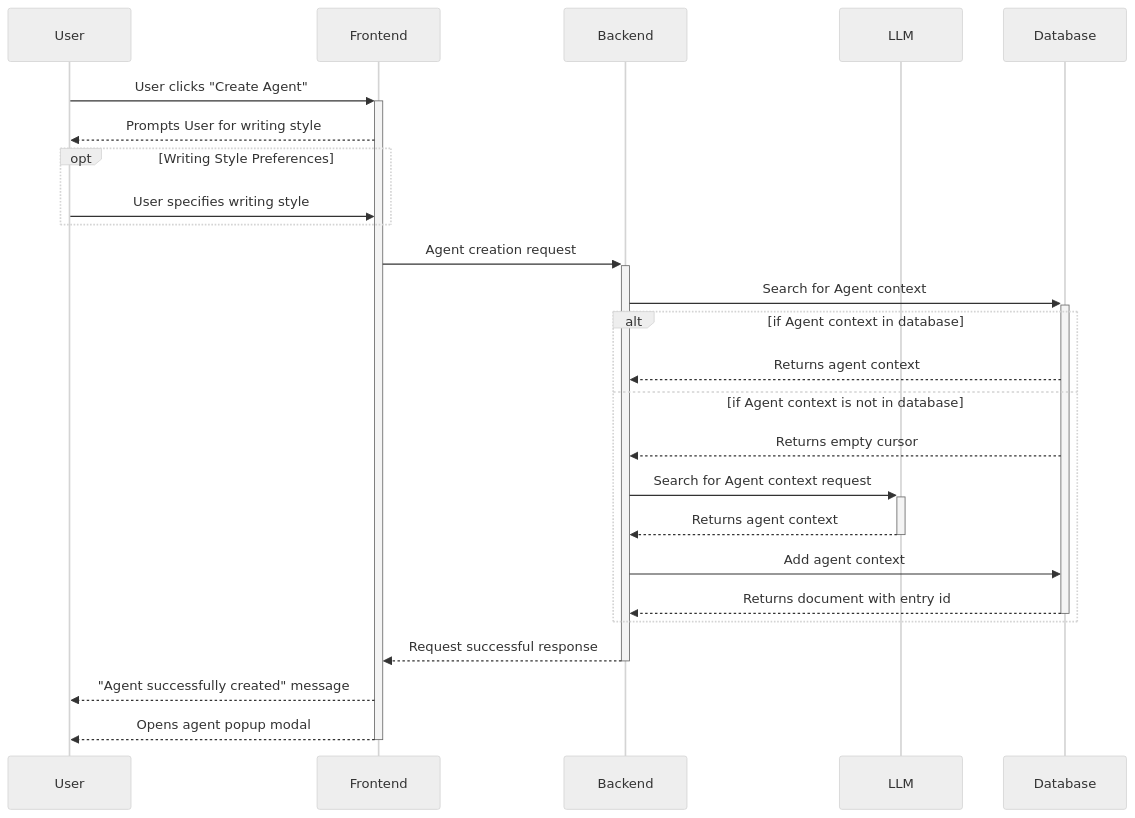
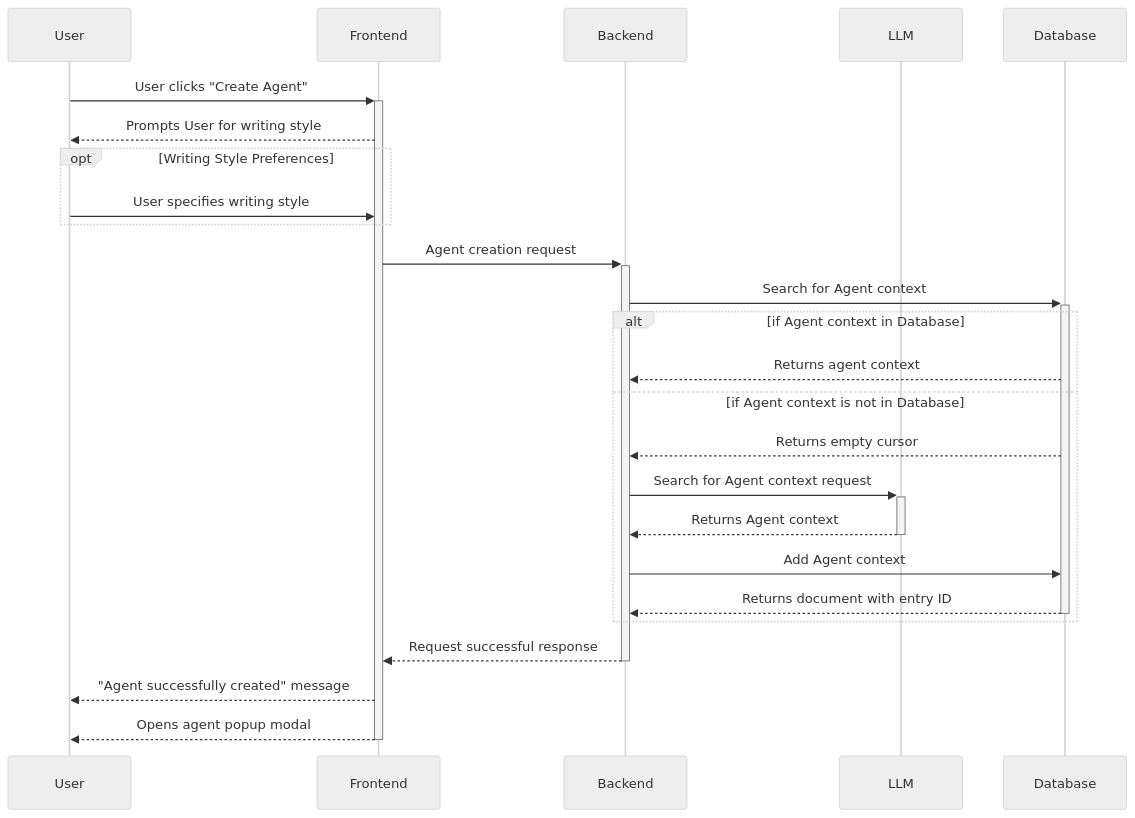
One commit to Capstone-Projects-2025-Spring/project-003-story-builder-team-1 changed the second of 7 diagrams in documentation/docs/system-architecture/sequence-diagrams.md. Above: the diagram before and after it, drawn with Mermaid (neutral theme). The commit also changed other lines of this file, not shown here.

Commit message:
Replaced initial writing process sequence diagram with agent generation sequence diagram

````diff
--- a/documentation/docs/system-architecture/sequence-diagrams.md
+++ b/documentation/docs/system-architecture/sequence-diagrams.md
@@ -57,27 +38,27 @@
 ```mermaid
 sequenceDiagram
     participant User
     participant Frontend
     participant Backend
     participant LLM
     participant Database
     User->>+Frontend: User clicks "Create Agent"
     Frontend-->>User: Prompts User for writing style
     opt Writing Style Preferences
     User->>Frontend: User specifies writing style
     end
     Frontend->>+Backend: Agent creation request
     Backend->>+Database: Search for Agent context
-    alt if Agent context in database
+    alt if Agent context in Database
         Database-->>Backend: Returns agent context
-    else if Agent context is not in database
+    else if Agent context is not in Database
         Database-->>Backend: Returns empty cursor
         Backend->>+LLM: Search for Agent context request
-        LLM-->>-Backend: Returns agent context
-        Backend->>Database: Add agent context
-        Database-->>-Backend: Returns document with entry id
+        LLM-->>-Backend: Returns Agent context
+        Backend->>Database: Add Agent context
+        Database-->>-Backend: Returns document with entry ID
     end
     Backend-->>-Frontend: Request successful response
     Frontend-->>User: "Agent successfully created" message
     Frontend-->>-User: Opens agent popup modal
 ```
````
